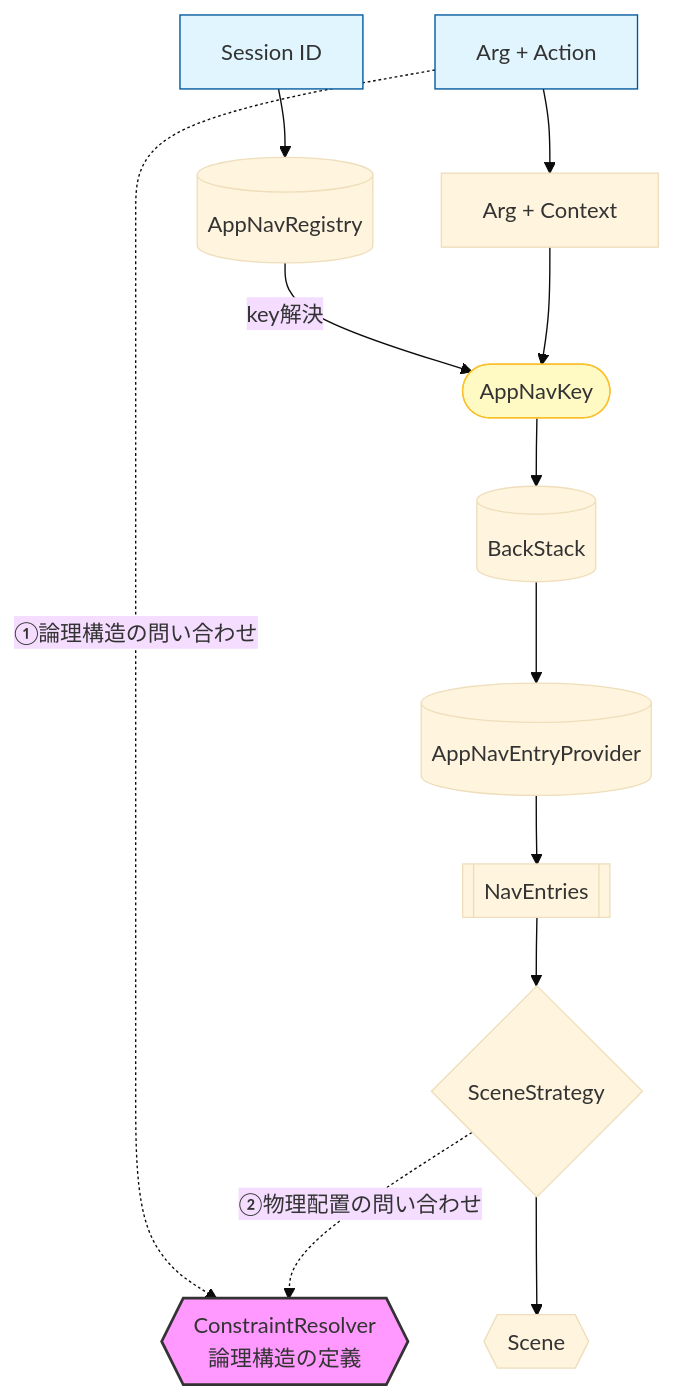
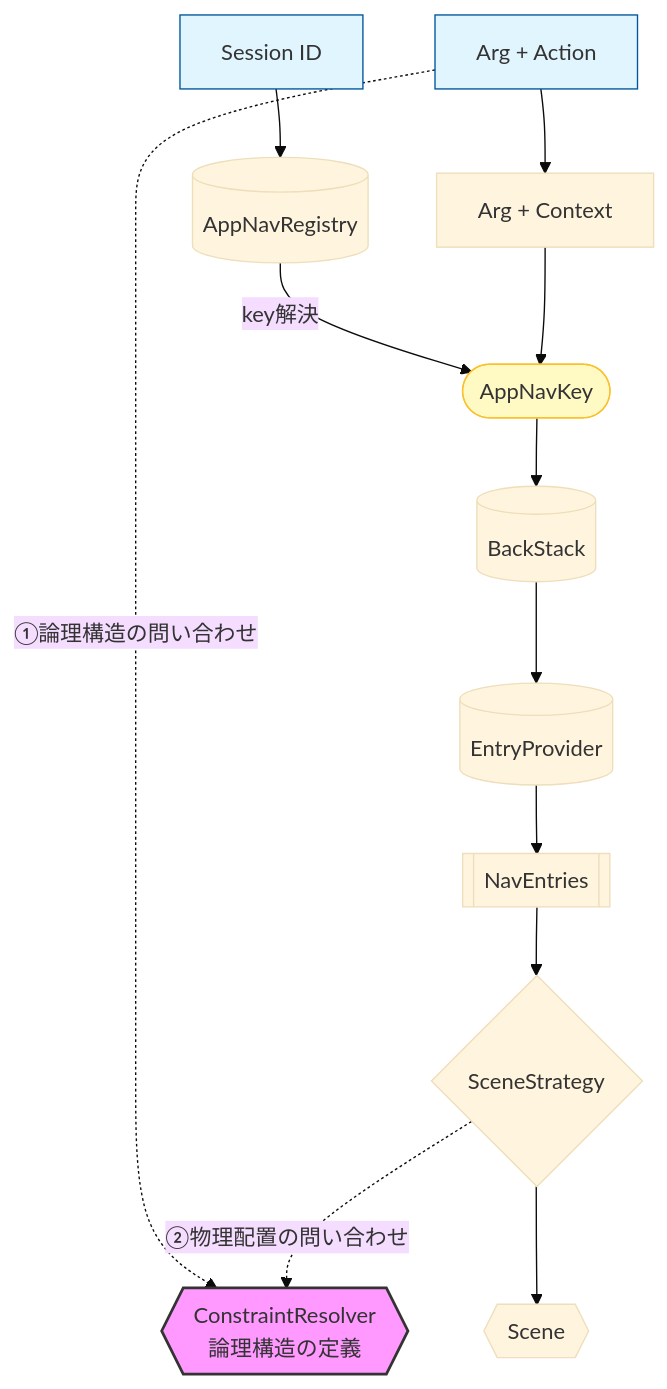
One commit to povec/AppNav changed the diagram in README.md. Above: the diagram before and after it, drawn with Mermaid (base theme).

````diff
--- a/README.md
+++ b/README.md
@@ -19,50 +19,50 @@
 ```mermaid
 flowchart TD
 %% 外部定義（法典）
     Resolver{{ConstraintResolver<br/>論理構造の定義}}
     style Resolver fill:#f9f,stroke:#333,stroke-width:2px
 
 %% 1. 入口（論理）
     ID[Session ID]
     Action[Arg + Action]
     Registry[(AppNavRegistry)]
     PreKey[Arg + Context]
 
 %% 2. 蓄積（データ）
     Key([AppNavKey])
     Stack[(BackStack)]
 
 %% 3. 出口（物理）
-    Provider[(AppNavEntryProvider)]
+    Provider[(EntryProvider)]
     Entries[[NavEntries]]
     Strategy{SceneStrategy}
     Scene{{Scene}}
 
 %% --- 接続の定義 ---
 
 %% 遷移プロセス
     ID --> Registry
     Registry -->|key解決| Key
     Action --> PreKey
     PreKey --> Key
 
 %% 【重要】論理への参照
     Action -.->|①論理構造の問い合わせ| Resolver
 
 %% 変換プロセス
     Key --> Stack
     Stack --> Provider
     Provider --> Entries
     Entries --> Strategy
 
 %% 【重要】配置への参照
     Strategy -.->|②物理配置の問い合わせ| Resolver
 
 %% 出力
     Strategy --> Scene
 
 %% デザイン調整
     style Key fill:#fff9c4,stroke:#fbc02d
     style Action fill:#e1f5fe,stroke:#01579b
     style ID fill:#e1f5fe,stroke:#01579b
 ```
````
